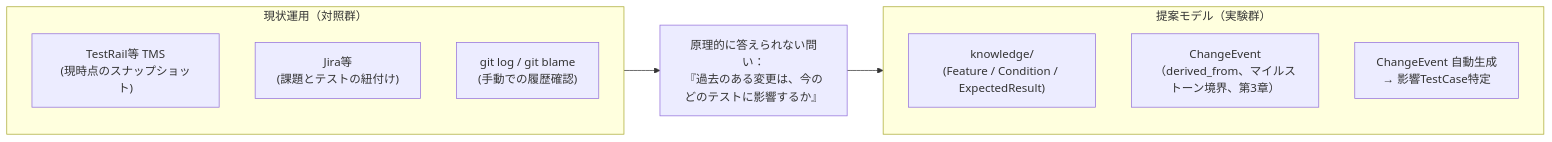
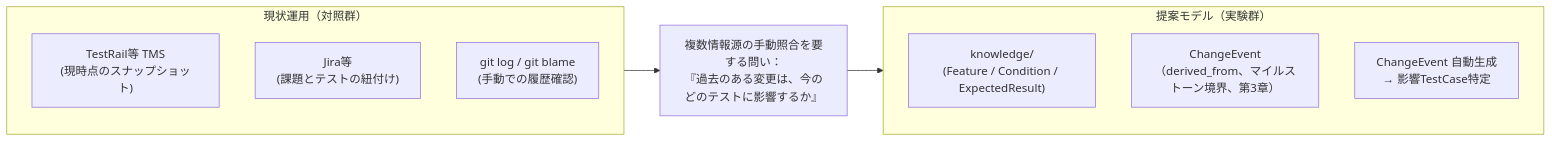
One commit to markharness/markharness changed the first of 6 diagrams in docs/ja/テスト知識管理のGit-nativeモデル_統合版.md. Above: the diagram before and after it, drawn with Mermaid. The commit also changed other lines of this file and 1 other file, not shown here.

````diff
--- a/docs/ja/テスト知識管理のGit-nativeモデル_統合版.md
+++ b/docs/ja/テスト知識管理のGit-nativeモデル_統合版.md
@@ -41,17 +41,17 @@
 ```mermaid
 flowchart LR
   subgraph BEFORE["現状運用（対照群）"]
     direction TB
     B1["TestRail等 TMS\n(現時点のスナップショット)"]
     B2["Jira等\n(課題とテストの紐付け)"]
     B3["git log / git blame\n(手動での履歴確認)"]
   end
-  GAP["原理的に答えられない問い：\n『過去のある変更は、今のどのテストに影響するか』"]
+  GAP["複数情報源の手動照合を要する問い：\n『過去のある変更は、今のどのテストに影響するか』"]
   subgraph AFTER["提案モデル（実験群）"]
     direction TB
     A1["knowledge/\n(Feature / Condition / ExpectedResult)"]
     A2["ChangeEvent\n（derived_from、マイルストーン境界、第3章）"]
     A3["ChangeEvent 自動生成\n→ 影響TestCase特定"]
   end
   BEFORE --> GAP --> AFTER
 ```
````
